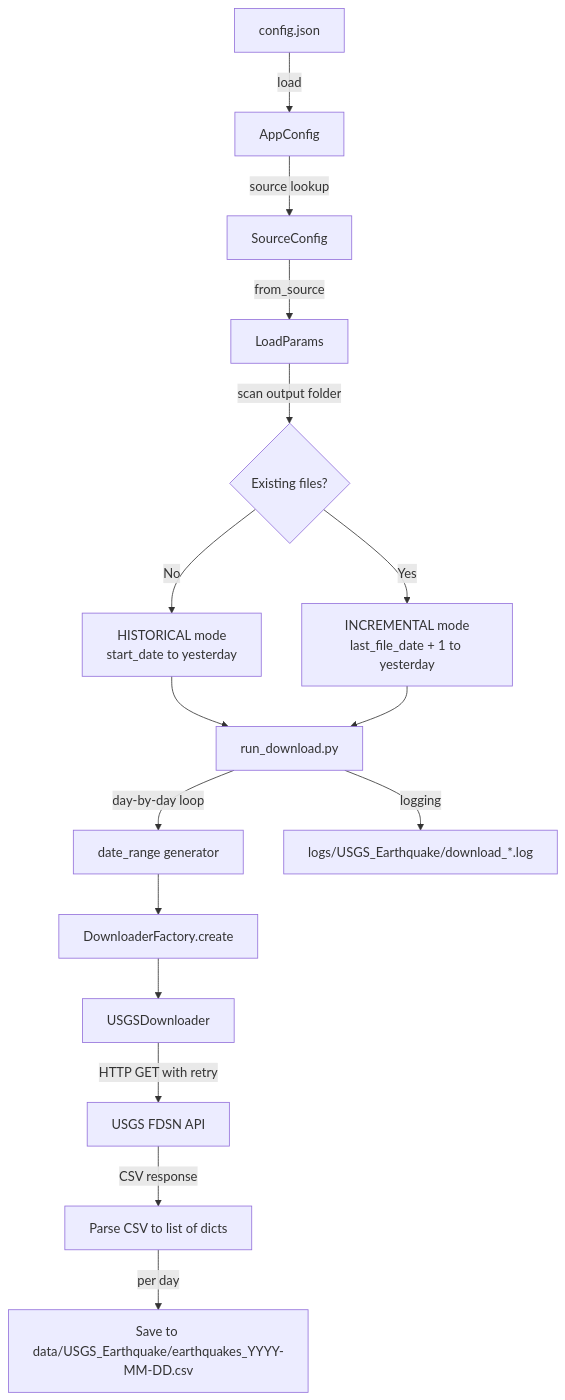
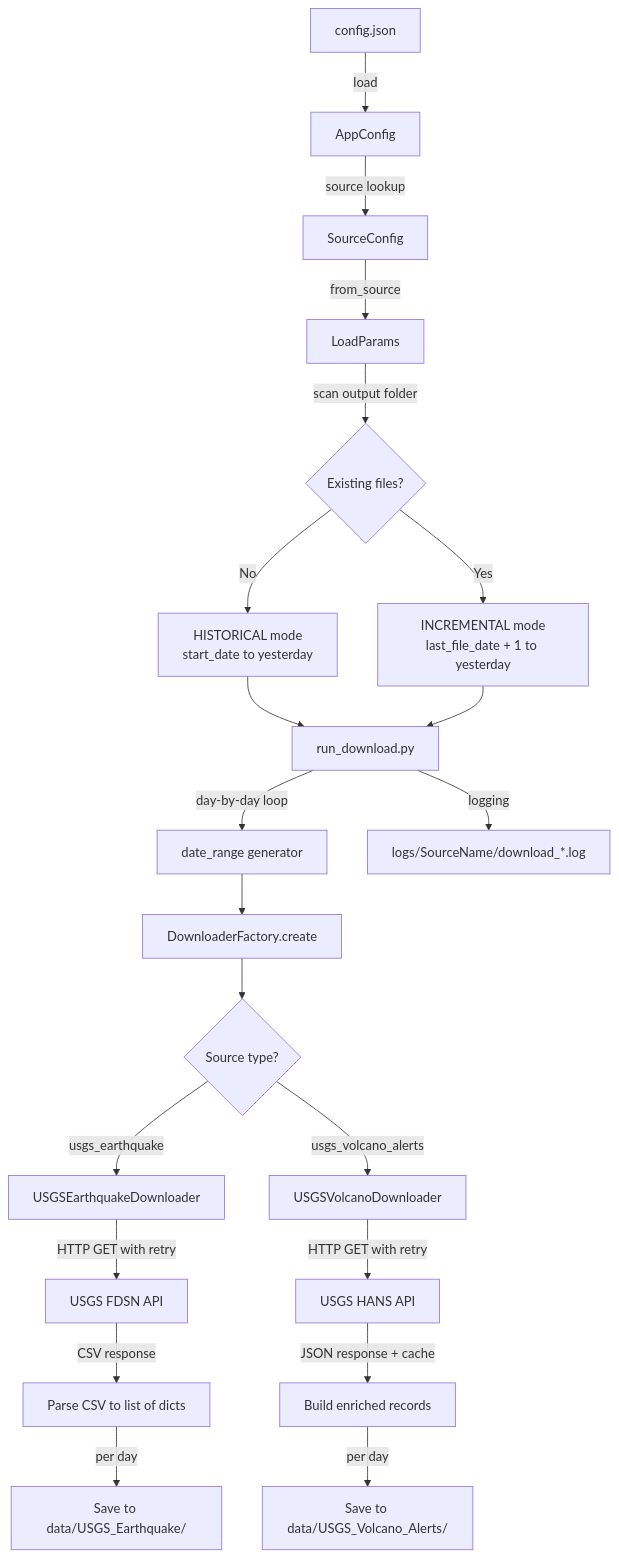
The diagram in README.md (kaluzny1995/GEO_Download), drawn with Mermaid before and after one commit. The commit also changed other lines of this file and 13 other files, not shown here.

Commit message:
New datasource USGS_Volcano_Alerts

````diff
--- a/README.md
+++ b/README.md
@@ -172,18 +224,23 @@
 ```mermaid
 flowchart TD
     A[config.json] -->|load| B[AppConfig]
     B -->|source lookup| C[SourceConfig]
     C -->|from_source| D[LoadParams]
     D -->|scan output folder| E{Existing files?}
     E -->|No| F[HISTORICAL mode<br/>start_date to yesterday]
     E -->|Yes| G[INCREMENTAL mode<br/>last_file_date + 1 to yesterday]
     F --> H[run_download.py]
     G --> H
     H -->|day-by-day loop| I[date_range generator]
     I --> J[DownloaderFactory.create]
-    J --> K[USGSDownloader]
-    K -->|HTTP GET with retry| L[USGS FDSN API]
-    L -->|CSV response| M[Parse CSV to list of dicts]
-    M -->|per day| N[Save to data/USGS_Earthquake/earthquakes_YYYY-MM-DD.csv]
-    H -->|logging| O[logs/USGS_Earthquake/download_*.log]
+    J --> K{Source type?}
+    K -->|usgs_earthquake| L[USGSEarthquakeDownloader]
+    K -->|usgs_volcano_alerts| M[USGSVolcanoDownloader]
+    L -->|HTTP GET with retry| N[USGS FDSN API]
+    M -->|HTTP GET with retry| O[USGS HANS API]
+    N -->|CSV response| P[Parse CSV to list of dicts]
+    O -->|JSON response + cache| Q[Build enriched records]
+    P -->|per day| R[Save to data/USGS_Earthquake/]
+    Q -->|per day| S[Save to data/USGS_Volcano_Alerts/]
+    H -->|logging| T[logs/SourceName/download_*.log]
 ```
````
